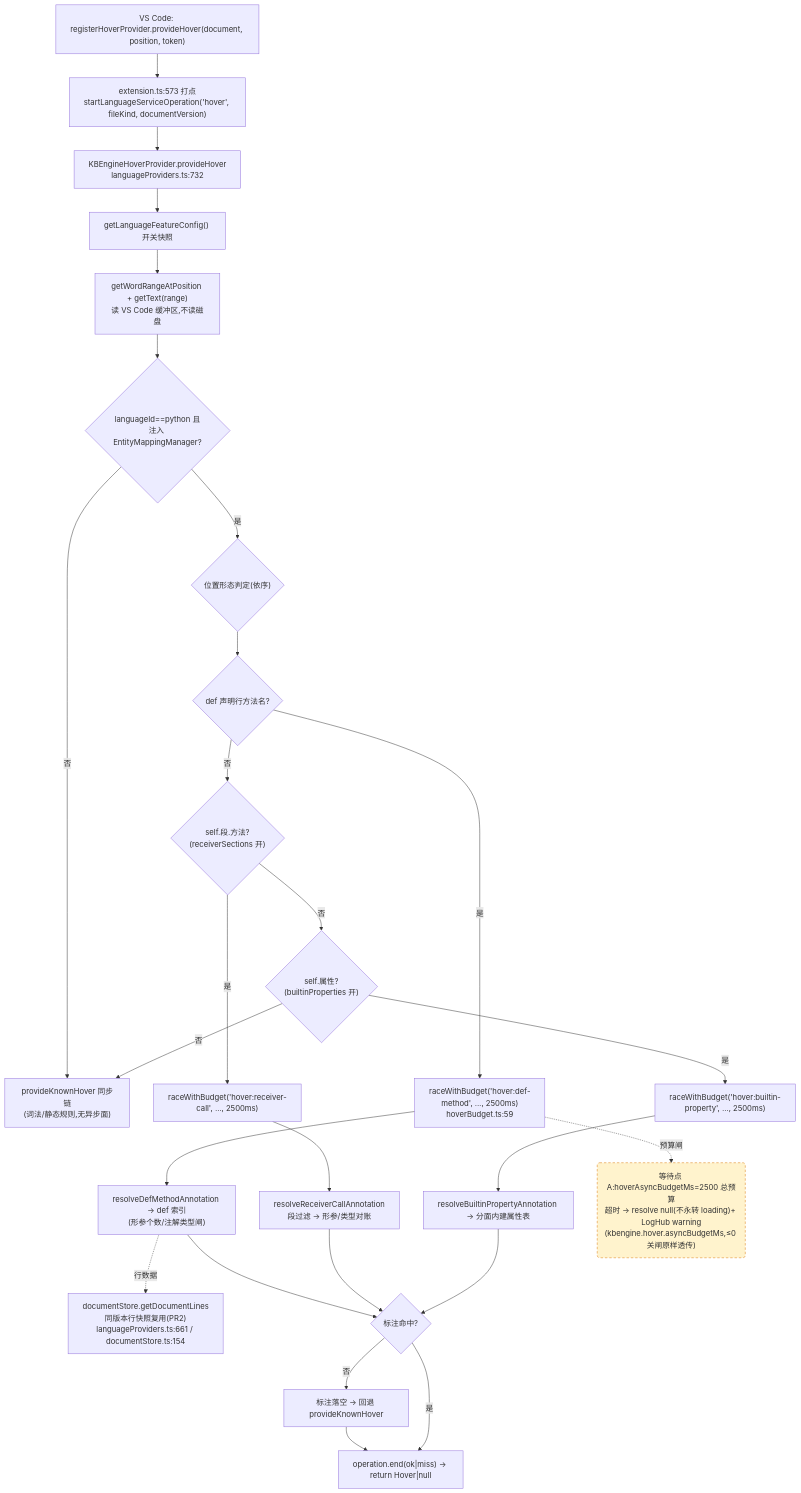
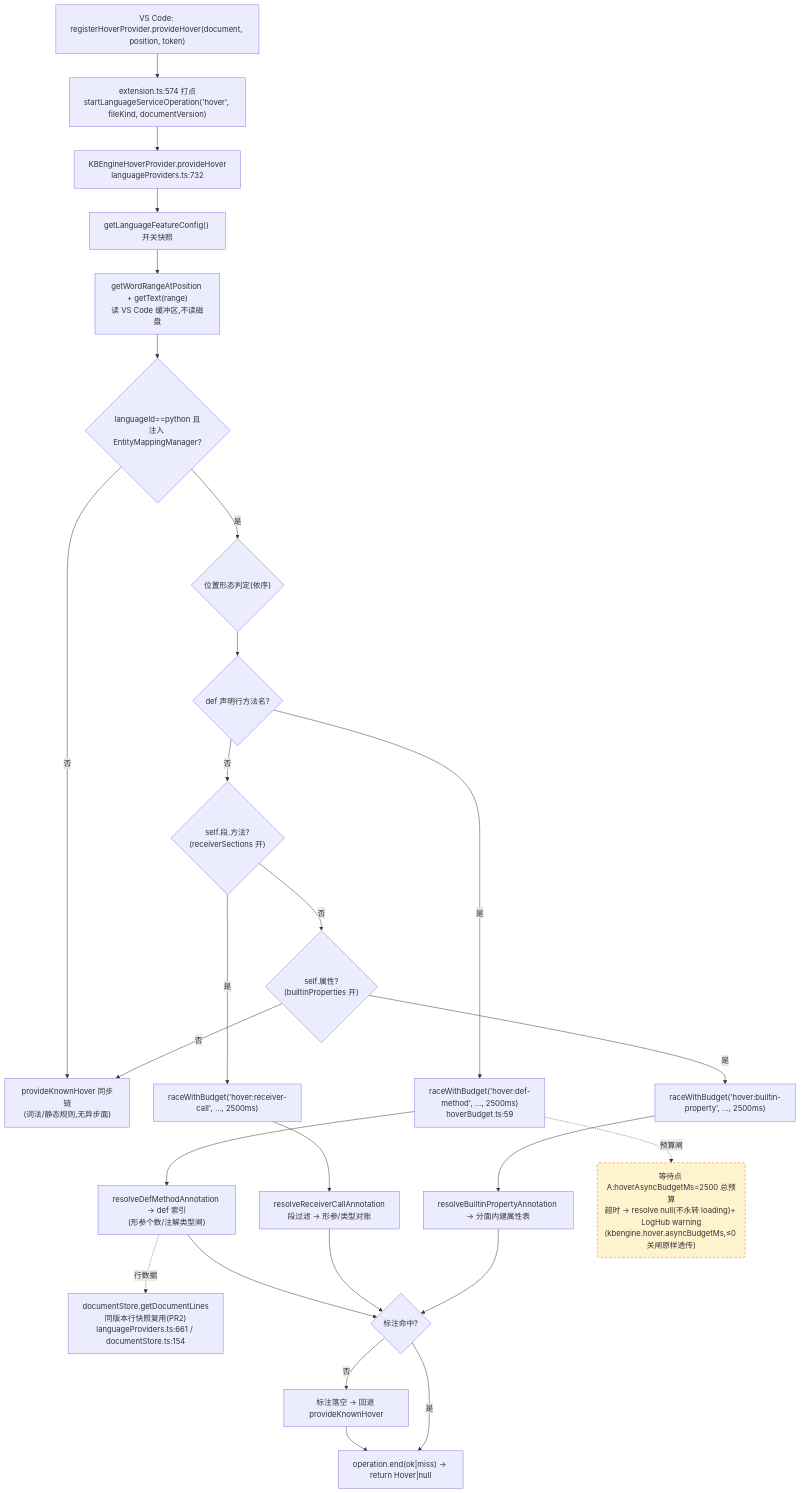
Before and after one commit to cuihairu/kode: the first of 4 diagrams in docs/perf/2026-baseline.md, drawn with Mermaid. The commit also changed other lines of this file and 4 other files, not shown here.

````diff
--- a/docs/perf/2026-baseline.md
+++ b/docs/perf/2026-baseline.md
@@ -82,45 +82,45 @@
 ```mermaid
 flowchart TD
   VC1["VS Code: registerHoverProvider.provideHover(document, position, token)"]
-  M1["extension.ts:573 打点<br/>startLanguageServiceOperation('hover', fileKind, documentVersion)"]
+  M1["extension.ts:574 打点<br/>startLanguageServiceOperation('hover', fileKind, documentVersion)"]
   HP["KBEngineHoverProvider.provideHover<br/>languageProviders.ts:732"]
   CFG["getLanguageFeatureConfig() 开关快照"]
   WORD["getWordRangeAtPosition + getText(range)<br/>读 VS Code 缓冲区,不读磁盘"]
   BR{"languageId==python 且<br/>注入 EntityMappingManager?"}
   KN["provideKnownHover 同步链<br/>(词法/静态规则,无异步面)"]
   POS{"位置形态判定(依序)"}
   D1{"def 声明行方法名?"}
   D2{"self.段.方法?<br/>(receiverSections 开)"}
   D3{"self.属性?<br/>(builtinProperties 开)"}
   RA1["raceWithBudget('hover:def-method', …, 2500ms)<br/>hoverBudget.ts:59"]
   RA2["raceWithBudget('hover:receiver-call', …, 2500ms)"]
   RA3["raceWithBudget('hover:builtin-property', …, 2500ms)"]
   RS1["resolveDefMethodAnnotation → def 索引<br/>(形参个数/注解类型闸)"]
   RS2["resolveReceiverCallAnnotation<br/>段过滤 → 形参/类型对账"]
   RS3["resolveBuiltinPropertyAnnotation → 分面内建属性表"]
   LINES["documentStore.getDocumentLines<br/>同版本行快照复用(PR2)<br/>languageProviders.ts:661 / documentStore.ts:154"]
   MISS["标注落空 → 回退 provideKnownHover"]
   END1["operation.end(ok|miss) → return Hover|null"]
 
   VC1 --> M1 --> HP --> CFG --> WORD --> BR
   BR -- "否" --> KN
   BR -- "是" --> POS --> D1
   D1 -- "是" --> RA1 --> RS1
   D1 -- "否" --> D2
   D2 -- "是" --> RA2 --> RS2
   D2 -- "否" --> D3
   D3 -- "是" --> RA3 --> RS3
   D3 -- "否" --> KN
   RS1 --> HIT{"标注命中?"}
   RS2 --> HIT
   RS3 --> HIT
   RS1 -.->|行数据| LINES
   HIT -- "否" --> MISS --> END1
   HIT -- "是" --> END1
 
   WAITA("等待点 A:hoverAsyncBudgetMs=2500 总预算<br/>超时 → resolve null(不永转 loading)+ LogHub warning<br/>(kbengine.hover.asyncBudgetMs,≤0 关闸原样透传)")
   RA1 -.->|预算闸| WAITA
 
   classDef waitPoint fill:#fff3cd,stroke:#d97706,stroke-dasharray:5 4;
   class WAITA waitPoint;
 ```
````
